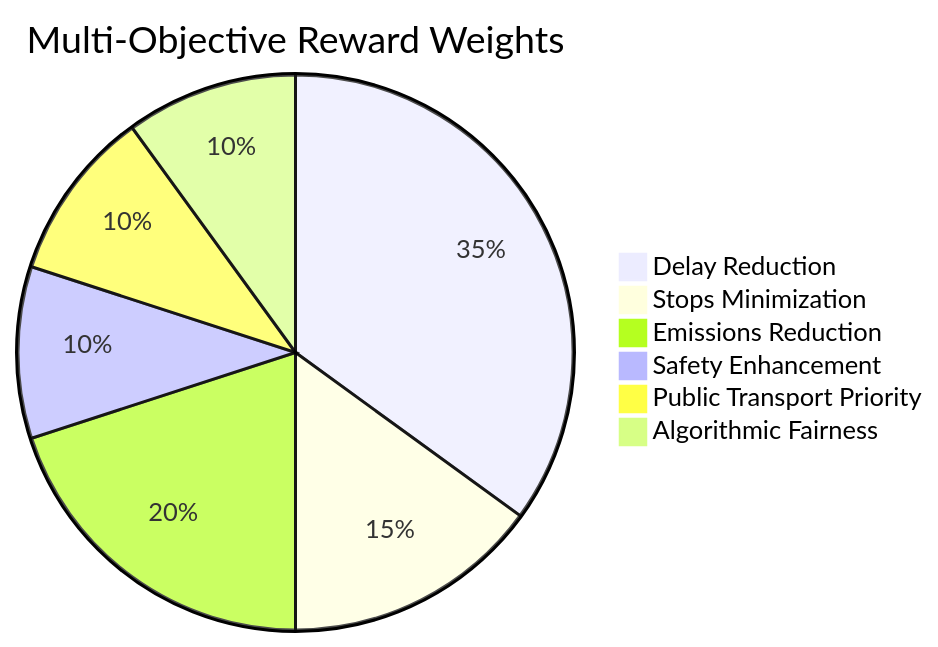
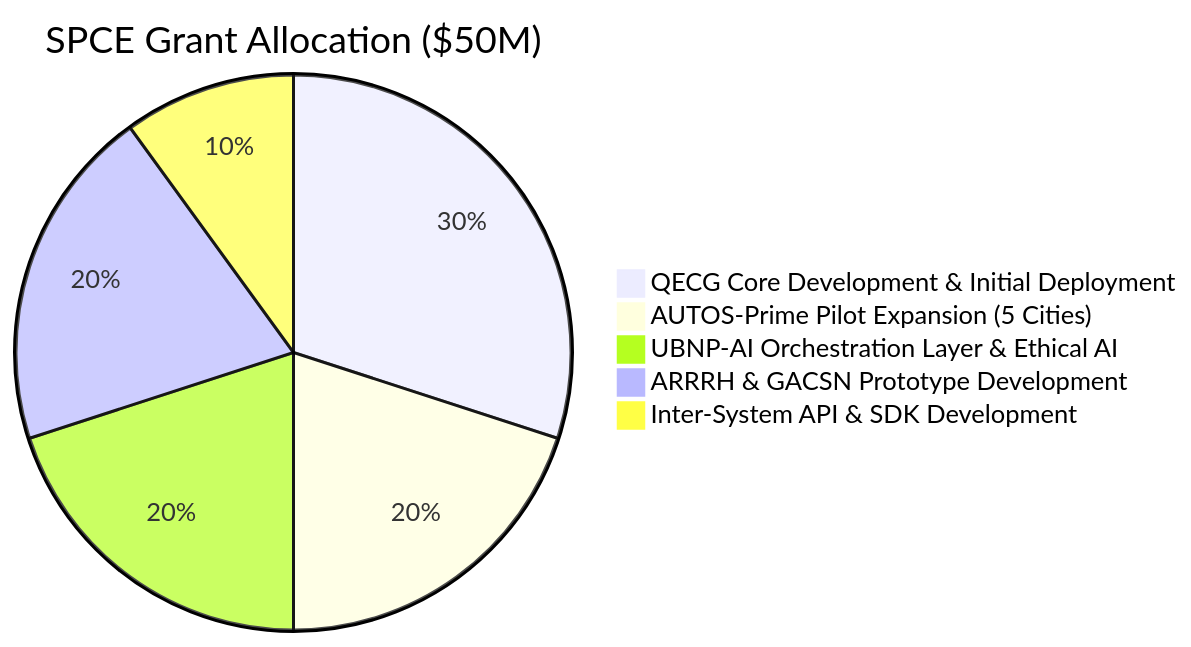
One commit to diplomat-bit/Citibank_Demo_Business_Inc_Demonstration- changed the fifth of 6 diagrams in inventions/118_ai_urban_traffic_optimization.md. Above: the diagram before and after it, drawn with Mermaid. The commit also changed other lines of this file, not shown here.

````diff
--- a/inventions/118_ai_urban_traffic_optimization.md
+++ b/inventions/118_ai_urban_traffic_optimization.md
@@ -362,10 +429,9 @@
 ```mermaid
 pie
-    title Multi-Objective Reward Weights
-    "Delay Reduction" : 35
-    "Stops Minimization" : 15
-    "Emissions Reduction" : 20
-    "Safety Enhancement" : 10
-    "Public Transport Priority" : 10
-    "Algorithmic Fairness" : 10
+    title SPCE Grant Allocation ($50M)
+    "QECG Core Development & Initial Deployment" : 15
+    "AUTOS-Prime Pilot Expansion (5 Cities)" : 10
+    "UBNP-AI Orchestration Layer & Ethical AI" : 10
+    "ARRRH & GACSN Prototype Development" : 10
+    "Inter-System API & SDK Development" : 5
 ```
````
